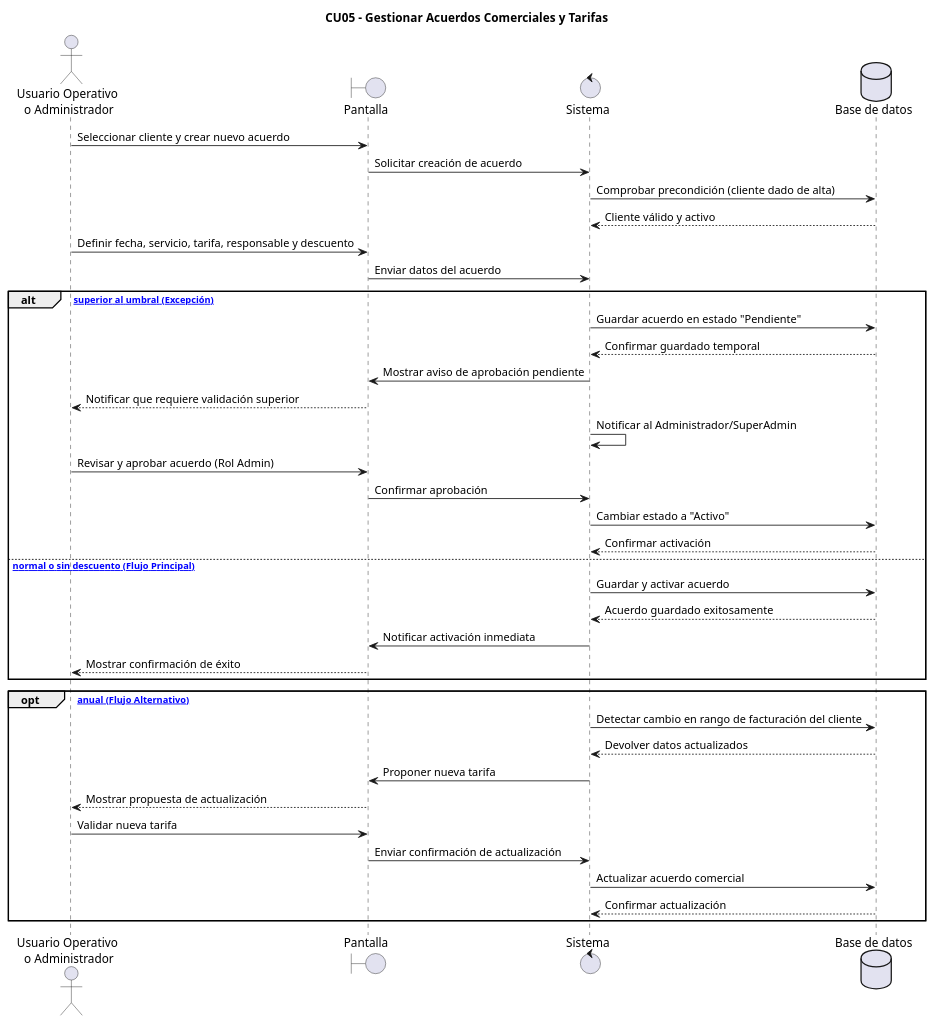
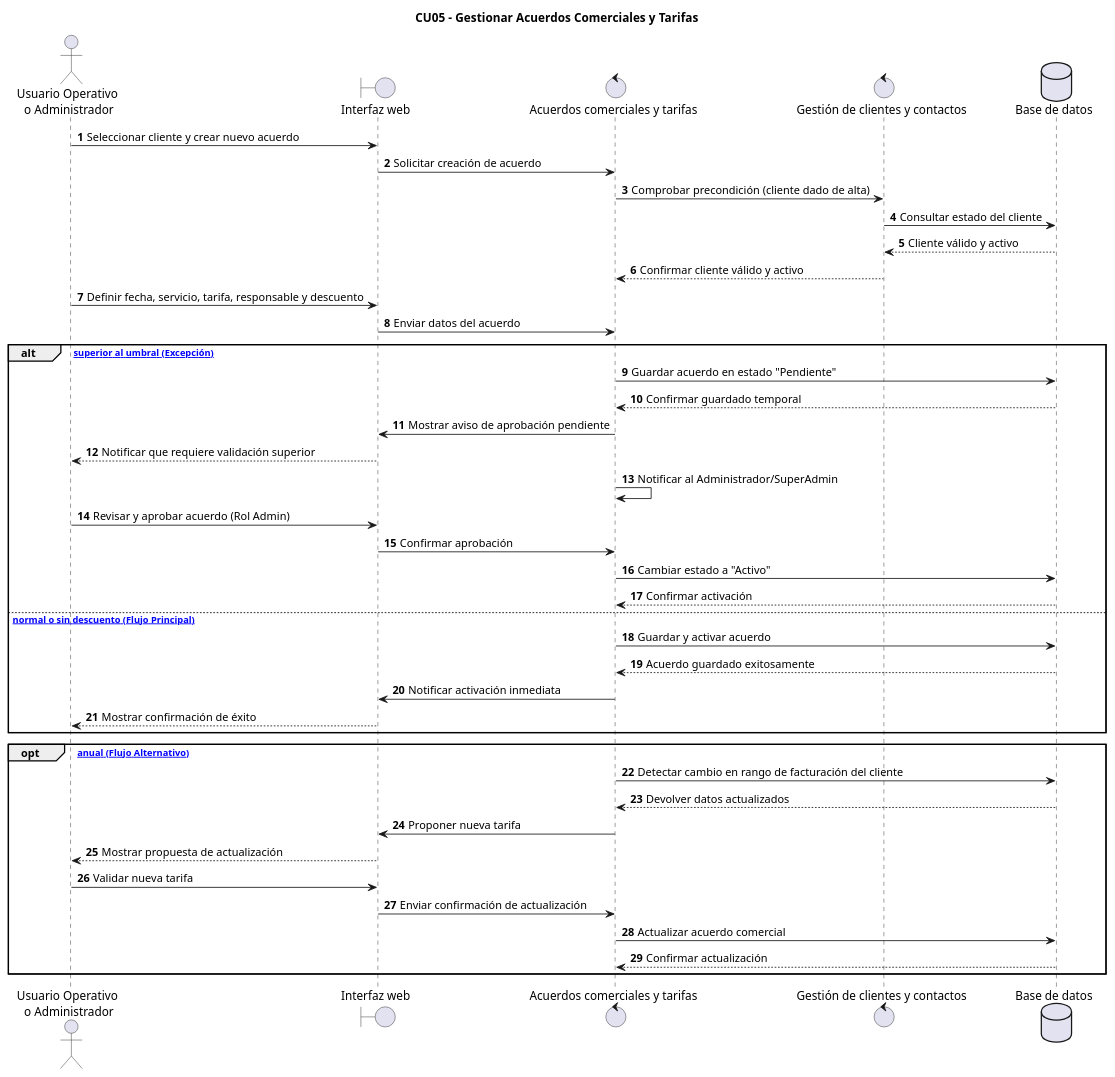
Before and after one commit to sandrardguezz/trabajo-ada: the diagram in Diagramas/DiagramasSecuencia/CU05/diagrama_de_secuencia_cu05.md, drawn with PlantUML. The commit also changed other lines of this file, not shown here.

Commit message:
Corrección diagrama de secuencia CU05

````diff
--- a/Diagramas/DiagramasSecuencia/CU05/diagrama_de_secuencia_cu05.md
+++ b/Diagramas/DiagramasSecuencia/CU05/diagrama_de_secuencia_cu05.md
@@ -3,49 +1,51 @@
-```plantuml
 @startuml
+autonumber
 title CU05 - Gestionar Acuerdos Comerciales y Tarifas
 
 actor "Usuario Operativo \no Administrador" as Usuario
-boundary "Pantalla" as Pantalla
-control "Sistema" as Sistema
+boundary "Interfaz web" as Interfaz
+control "Acuerdos comerciales y tarifas" as Acuerdos
+control "Gestión de clientes y contactos" as Clientes
 database "Base de datos" as BD
 
-Usuario -> Pantalla : Seleccionar cliente y crear nuevo acuerdo
-Pantalla -> Sistema : Solicitar creación de acuerdo
-Sistema -> BD : Comprobar precondición (cliente dado de alta)
-BD --> Sistema : Cliente válido y activo
+Usuario -> Interfaz : Seleccionar cliente y crear nuevo acuerdo
+Interfaz -> Acuerdos : Solicitar creación de acuerdo
+Acuerdos -> Clientes : Comprobar precondición (cliente dado de alta)
+Clientes -> BD : Consultar estado del cliente
+BD --> Clientes : Cliente válido y activo
+Clientes --> Acuerdos : Confirmar cliente válido y activo
 
-Usuario -> Pantalla : Definir fecha, servicio, tarifa, responsable y descuento
-Pantalla -> Sistema : Enviar datos del acuerdo
+Usuario -> Interfaz : Definir fecha, servicio, tarifa, responsable y descuento
+Interfaz -> Acuerdos : Enviar datos del acuerdo
 
 alt [Descuento superior al umbral (Excepción)]
-    Sistema -> BD : Guardar acuerdo en estado "Pendiente"
-    BD --> Sistema : Confirmar guardado temporal
-    Sistema -> Pantalla : Mostrar aviso de aprobación pendiente
-    Pantalla --> Usuario : Notificar que requiere validación superior
-    Sistema -> Sistema : Notificar al Administrador/SuperAdmin
+    Acuerdos -> BD : Guardar acuerdo en estado "Pendiente"
+    BD --> Acuerdos : Confirmar guardado temporal
+    Acuerdos -> Interfaz : Mostrar aviso de aprobación pendiente
+    Interfaz --> Usuario : Notificar que requiere validación superior
+    Acuerdos -> Acuerdos : Notificar al Administrador/SuperAdmin
     
-    Usuario -> Pantalla : Revisar y aprobar acuerdo (Rol Admin)
-    Pantalla -> Sistema : Confirmar aprobación
-    Sistema -> BD : Cambiar estado a "Activo"
-    BD --> Sistema : Confirmar activación
+    Usuario -> Interfaz : Revisar y aprobar acuerdo (Rol Admin)
+    Interfaz -> Acuerdos : Confirmar aprobación
+    Acuerdos -> BD : Cambiar estado a "Activo"
+    BD --> Acuerdos : Confirmar activación
 
 else [Descuento normal o sin descuento (Flujo Principal)]
-    Sistema -> BD : Guardar y activar acuerdo
-    BD --> Sistema : Acuerdo guardado exitosamente
-    Sistema -> Pantalla : Notificar activación inmediata
-    Pantalla --> Usuario : Mostrar confirmación de éxito
+    Acuerdos -> BD : Guardar y activar acuerdo
+    BD --> Acuerdos : Acuerdo guardado exitosamente
+    Acuerdos -> Interfaz : Notificar activación inmediata
+    Interfaz --> Usuario : Mostrar confirmación de éxito
 end
 
 opt [Revisión anual (Flujo Alternativo)]
-    Sistema -> BD : Detectar cambio en rango de facturación del cliente
-    BD --> Sistema : Devolver datos actualizados
-    Sistema -> Pantalla : Proponer nueva tarifa
-    Pantalla --> Usuario : Mostrar propuesta de actualización
-    Usuario -> Pantalla : Validar nueva tarifa
-    Pantalla -> Sistema : Enviar confirmación de actualización
-    Sistema -> BD : Actualizar acuerdo comercial
-    BD --> Sistema : Confirmar actualización
+    Acuerdos -> BD : Detectar cambio en rango de facturación del cliente
+    BD --> Acuerdos : Devolver datos actualizados
+    Acuerdos -> Interfaz : Proponer nueva tarifa
+    Interfaz --> Usuario : Mostrar propuesta de actualización
+    Usuario -> Interfaz : Validar nueva tarifa
+    Interfaz -> Acuerdos : Enviar confirmación de actualización
+    Acuerdos -> BD : Actualizar acuerdo comercial
+    BD --> Acuerdos : Confirmar actualización
 end
 
 @enduml
-```
````
